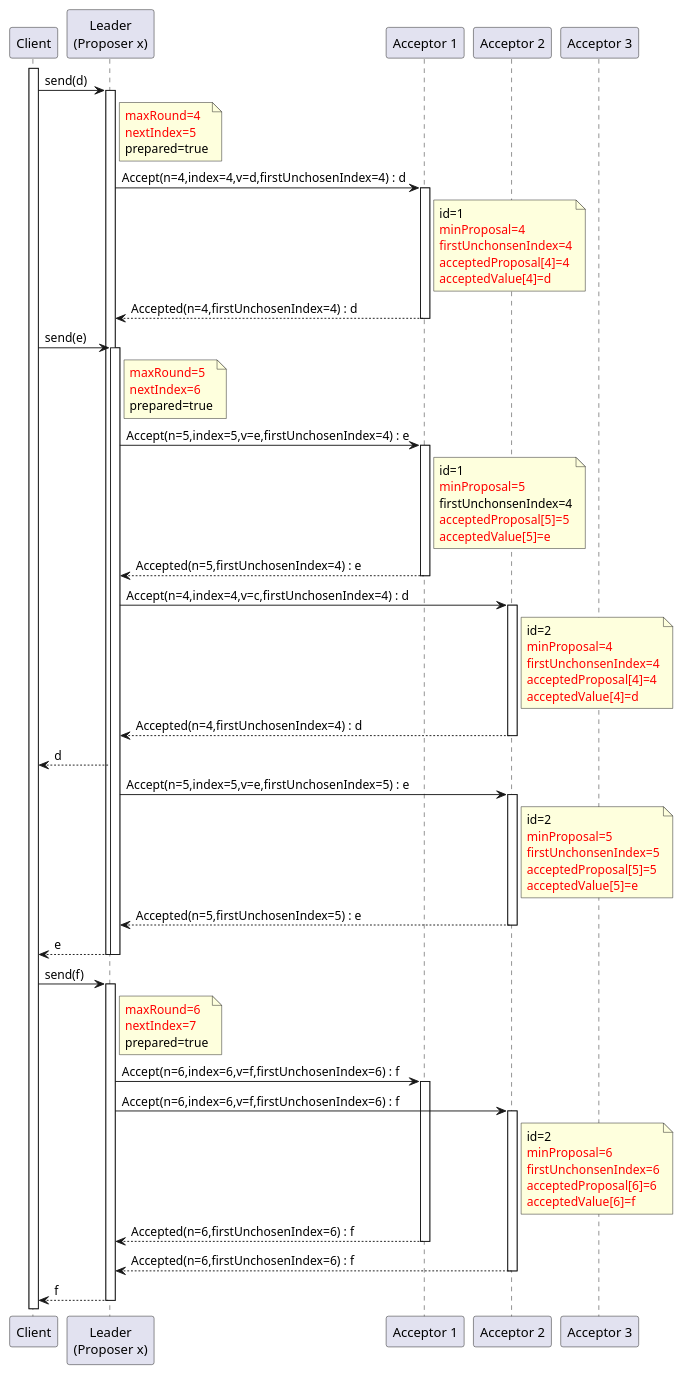
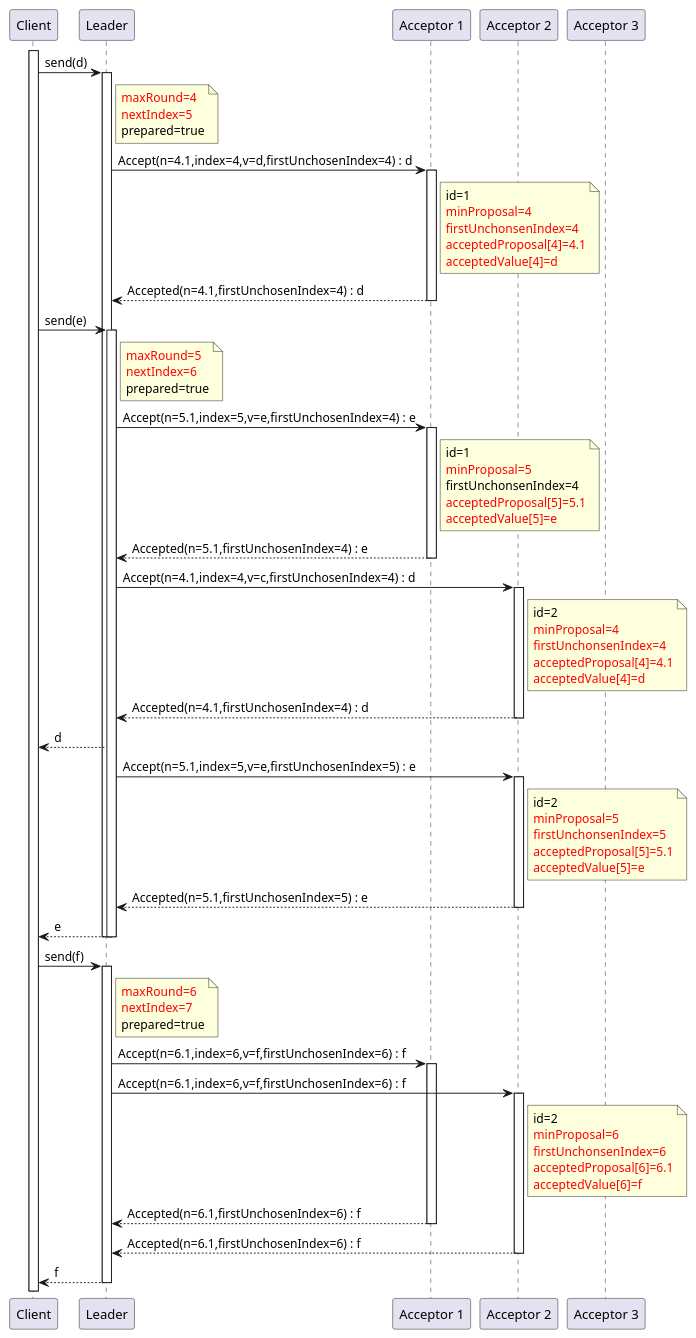
The third of 4 diagrams in src/pages/posts/distribution-paxos-multi.adoc (nocnob/notfound), drawn with PlantUML before and after one commit. The commit also changed other lines of this file and 1 other file, not shown here.

```diff
--- a/src/pages/posts/distribution-paxos-multi.adoc
+++ b/src/pages/posts/distribution-paxos-multi.adoc
@@ -115,100 +221,101 @@
 ----
 @startuml
 participant Client as c
-participant "Leader\n(Proposer x)" as l
+participant "Leader" as l
 participant "Acceptor 1" as a1
 participant "Acceptor 2" as a2
 participant "Acceptor 3" as a3
 
 activate c
 c -> l : send(d)
+activate l
 note right l
     <font color=red>maxRound=4
     <font color=red>nextIndex=5
     prepared=true
 end note
-activate l
-    l -> a1 : Accept(n=4,index=4,v=d,firstUnchosenIndex=4) : d
+
+    l -> a1 : Accept(n=4.1,index=4,v=d,firstUnchosenIndex=4) : d
     activate a1
     note right a1
         id=1
         <font color=red>minProposal=4
         <font color=red>firstUnchonsenIndex=4
-        <font color=red>acceptedProposal[4]=4
+        <font color=red>acceptedProposal[4]=4.1
         <font color=red>acceptedValue[4]=d
     end note
-    l <-- a1 : Accepted(n=4,firstUnchosenIndex=4) : d
+    l <-- a1 : Accepted(n=4.1,firstUnchosenIndex=4) : d
     deactivate a1
 
-
 c -> l : send(e)
+activate l
 note right l
     <font color=red>maxRound=5
     <font color=red>nextIndex=6
     prepared=true
 end note
-activate l
-    l -> a1 : Accept(n=5,index=5,v=e,firstUnchosenIndex=4) : e
+
+    l -> a1 : Accept(n=5.1,index=5,v=e,firstUnchosenIndex=4) : e
     activate a1
     note right a1
         id=1
         <font color=red>minProposal=5
         firstUnchonsenIndex=4
-        <font color=red>acceptedProposal[5]=5
+        <font color=red>acceptedProposal[5]=5.1
         <font color=red>acceptedValue[5]=e
     end note
-    l <-- a1 : Accepted(n=5,firstUnchosenIndex=4) : e
+    l <-- a1 : Accepted(n=5.1,firstUnchosenIndex=4) : e
     deactivate a1
 
-    l -> a2 : Accept(n=4,index=4,v=c,firstUnchosenIndex=4) : d
+    l -> a2 : Accept(n=4.1,index=4,v=c,firstUnchosenIndex=4) : d
     activate a2
     note right a2
         id=2
         <font color=red>minProposal=4
         <font color=red>firstUnchonsenIndex=4
-        <font color=red>acceptedProposal[4]=4
+        <font color=red>acceptedProposal[4]=4.1
         <font color=red>acceptedValue[4]=d
     end note
-    l <-- a2 : Accepted(n=4,firstUnchosenIndex=4) : d
+    l <-- a2 : Accepted(n=4.1,firstUnchosenIndex=4) : d
     deactivate a2
 c <-- l : d
 
-    l -> a2 : Accept(n=5,index=5,v=e,firstUnchosenIndex=5) : e
+    l -> a2 : Accept(n=5.1,index=5,v=e,firstUnchosenIndex=5) : e
     activate a2
     note right a2
         id=2
         <font color=red>minProposal=5
         <font color=red>firstUnchonsenIndex=5
-        <font color=red>acceptedProposal[5]=5
+        <font color=red>acceptedProposal[5]=5.1
         <font color=red>acceptedValue[5]=e
     end note
-    l <-- a2 : Accepted(n=5,firstUnchosenIndex=5) : e
+    l <-- a2 : Accepted(n=5.1,firstUnchosenIndex=5) : e
     deactivate a2
 c <-- l : e
 deactivate l
 deactivate l
 
 c -> l : send(f)
+activate l
 note right l
     <font color=red>maxRound=6
     <font color=red>nextIndex=7
     prepared=true
 end note
-activate l
-    l -> a1 : Accept(n=6,index=6,v=f,firstUnchosenIndex=6) : f
+    l -> a1 : Accept(n=6.1,index=6,v=f,firstUnchosenIndex=6) : f
     activate a1
-    l -> a2 : Accept(n=6,index=6,v=f,firstUnchosenIndex=6) : f
+    l -> a2 : Accept(n=6.1,index=6,v=f,firstUnchosenIndex=6) : f
     activate a2
     note right a2
         id=2
         <font color=red>minProposal=6
         <font color=red>firstUnchonsenIndex=6
-        <font color=red>acceptedProposal[6]=6
+        <font color=red>acceptedProposal[6]=6.1
         <font color=red>acceptedValue[6]=f
     end note
-    l <-- a1 : Accepted(n=6,firstUnchosenIndex=6) : f
+    l <-- a1 : Accepted(n=6.1,firstUnchosenIndex=6) : f
     deactivate a1
-    l <-- a2 : Accepted(n=6,firstUnchosenIndex=6) : f
+    l <-- a2 : Accepted(n=6.1,firstUnchosenIndex=6) : f
     deactivate a2
 c <-- l : f
 deactivate l
```
